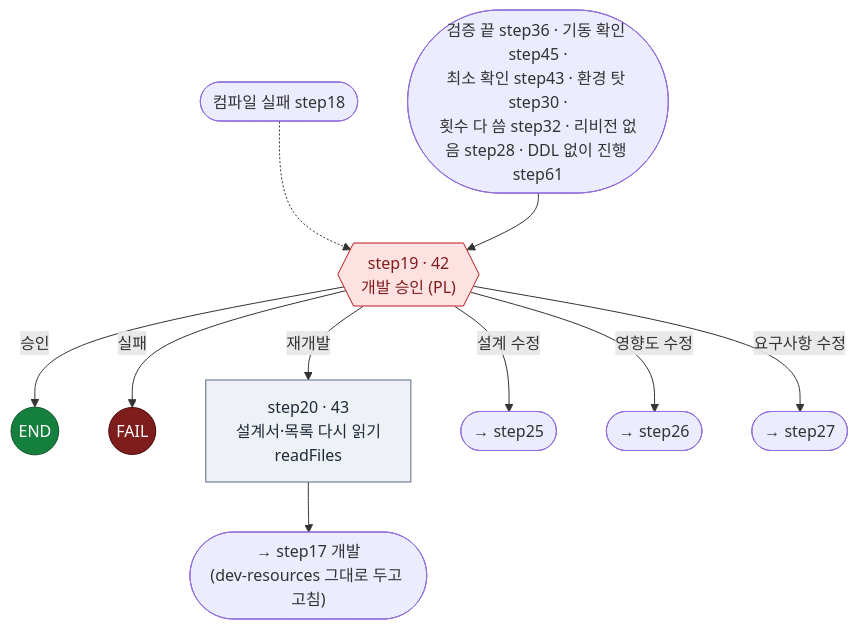
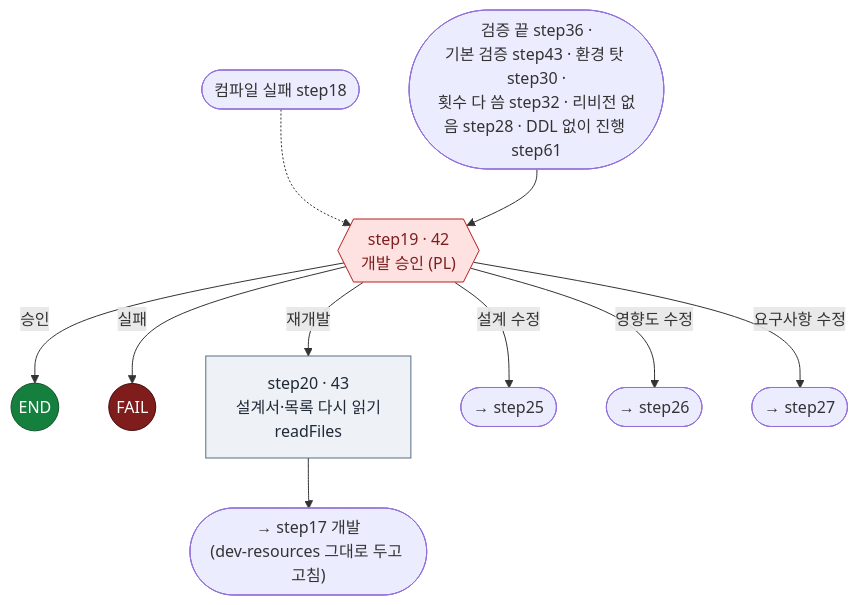
Diagram 17 of 24 in docs/09.dstone-ai-engine-sm-workflow.md (YongSoekChoeng/dstone), drawn with Mermaid before and after one commit. The commit also changed other lines of this file and 10 other files, not shown here.

````diff
--- a/docs/09.dstone-ai-engine-sm-workflow.md
+++ b/docs/09.dstone-ai-engine-sm-workflow.md
@@ -1338,19 +1316,19 @@
 ```mermaid
 flowchart TD
     IN1(["컴파일 실패 step18"]) -.-> step19
-    IN2(["검증 끝 step36 · 기동 확인 step45 ·<br/>최소 확인 step43 · 환경 탓 step30 ·<br/>횟수 다 씀 step32 · 리비전 없음 step28 · DDL 없이 진행 step61"]) --> step19
+    IN2(["검증 끝 step36 ·<br/>기본 검증 step43 · 환경 탓 step30 ·<br/>횟수 다 씀 step32 · 리비전 없음 step28 · DDL 없이 진행 step61"]) --> step19
     step19{{"step19 · 42<br/>개발 승인 (PL)"}}:::appr
     step19 -->|승인| END((END)):::fin
     step19 -->|실패| FAIL((FAIL)):::bad
     step19 -->|재개발| step20["step20 · 43<br/>설계서·목록 다시 읽기<br/>readFiles"]:::tool
     step20 --> step17(["→ step17 개발<br/>(dev-resources 그대로 두고 고침)"])
     step19 -->|설계 수정| S25(["→ step25"])
     step19 -->|영향도 수정| S26(["→ step26"])
     step19 -->|요구사항 수정| S27(["→ step27"])
 
     classDef tool fill:#eef2f7,stroke:#5b6b82,color:#1f2937
     classDef agent fill:#dcfce7,stroke:#15803d,color:#14532d
     classDef appr fill:#fee2e2,stroke:#b91c1c,color:#7f1d1d
     classDef fin fill:#15803d,stroke:#14532d,color:#ffffff
     classDef bad fill:#7f1d1d,stroke:#450a0a,color:#ffffff
 ```
````
